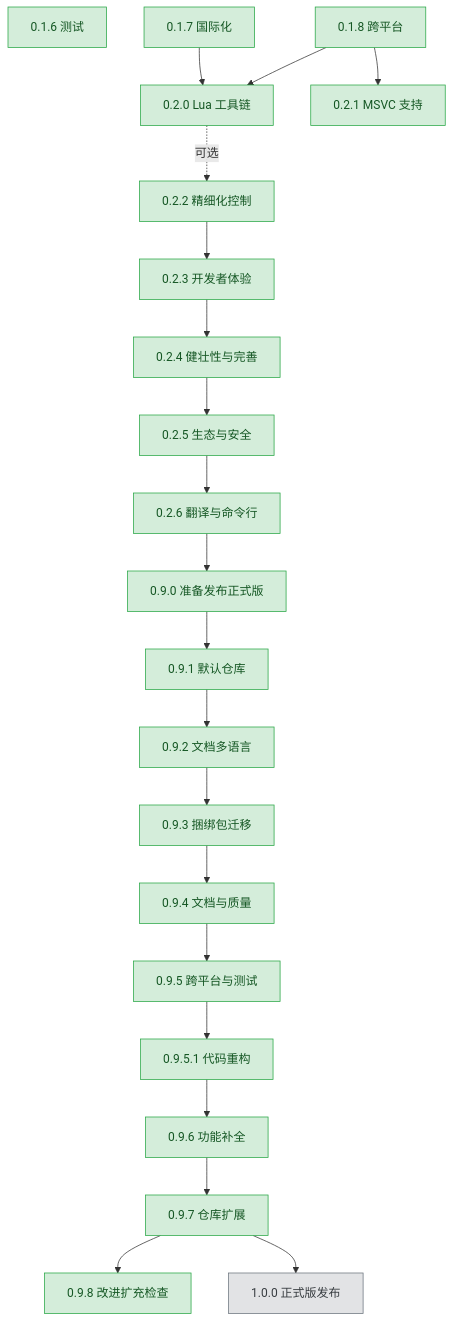
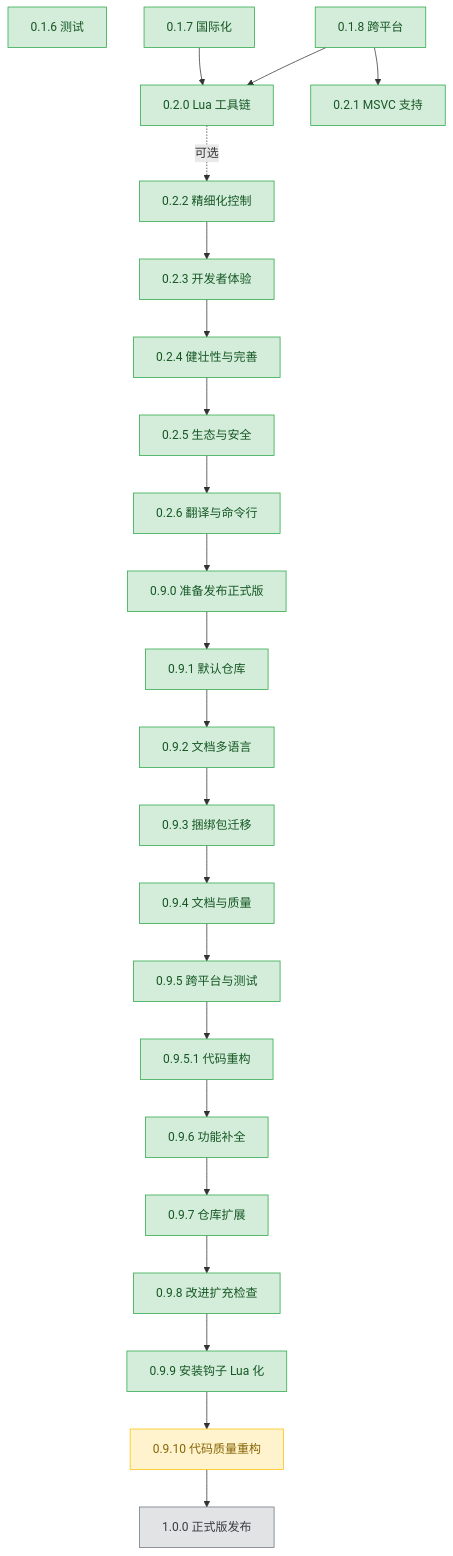
One commit to 3667808244/EazyMake changed the diagram in plans/README.md. Above: the diagram before and after it, drawn with Mermaid. The commit also changed other lines of this file and 18 other files, not shown here.

First line of the commit message:
0.9.9: 安装钩子 Lua 化 + 0.9.10 规划 + 1.1.0 规划文件

````diff
--- a/plans/README.md
+++ b/plans/README.md
@@ -68,52 +71,56 @@
 ```mermaid
 graph TD
     v016["0.1.6 测试"]
     v017["0.1.7 国际化"]
     v018["0.1.8 跨平台"]
     v020["0.2.0 Lua 工具链"]
     v021["0.2.1 MSVC 支持"]
     v022["0.2.2 精细化控制"]
     v023["0.2.3 开发者体验"]
     v024["0.2.4 健壮性与完善"]
     v025["0.2.5 生态与安全"]
     v026["0.2.6 翻译与命令行"]
     v090["0.9.0 准备发布正式版"]
     v091["0.9.1 默认仓库"]
     v092["0.9.2 文档多语言"]
     v093["0.9.3 捆绑包迁移"]
     v094["0.9.4 文档与质量"]
     v095["0.9.5 跨平台与测试"]
     v0951["0.9.5.1 代码重构"]
     v096["0.9.6 功能补全"]
     v097["0.9.7 仓库扩展"]
     v098["0.9.8 改进扩充检查"]
+    v099["0.9.9 安装钩子 Lua 化"]
+    v0910["0.9.10 代码质量重构"]
     v100["1.0.0 正式版发布"]
 
     v018 --> v021
     v017 --> v020
     v018 --> v020
     v020 -.可选.-> v022
     v022 --> v023
     v023 --> v024
     v024 --> v025
     v025 --> v026
     v026 --> v090
     v090 --> v091
     v091 --> v092
     v092 --> v093
     v093 --> v094
     v094 --> v095
     v095 --> v0951
     v0951 --> v096
     v096 --> v097
     v097 --> v098
-    v097 --> v100
+    v098 --> v099
+    v099 --> v0910
+    v0910 --> v100
 
     classDef done fill:#d4edda,stroke:#28a745,color:#155724;
     classDef active fill:#fff3cd,stroke:#ffc107,color:#856404;
     classDef todo fill:#e2e3e5,stroke:#6c757d,color:#383d41;
 
-    class v016,v017,v018,v020,v021,v022,v023,v024,v025,v026,v090,v091,v092,v093,v094,v095,v0951,v096,v097,v098 done;
-    class v099 active;
+    class v016,v017,v018,v020,v021,v022,v023,v024,v025,v026,v090,v091,v092,v093,v094,v095,v0951,v096,v097,v098,v099 done;
+    class v0910 active;
     class v100 todo;
 ```
````
